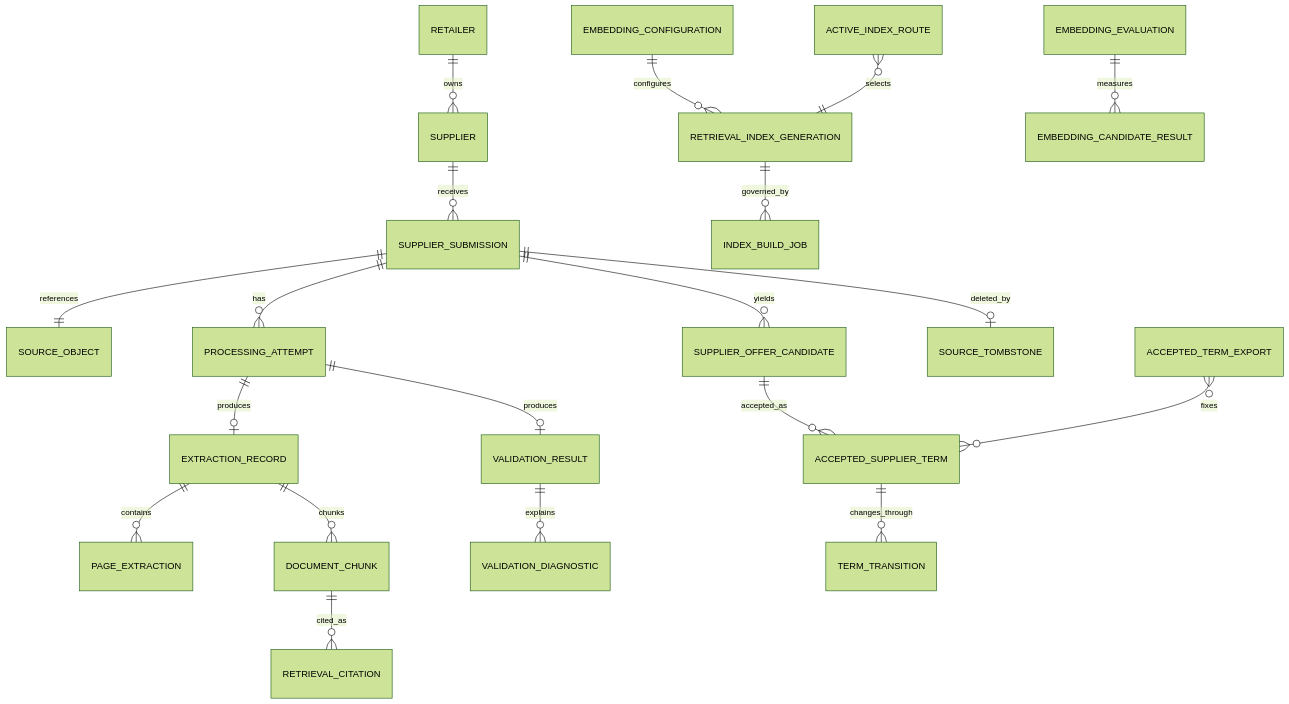
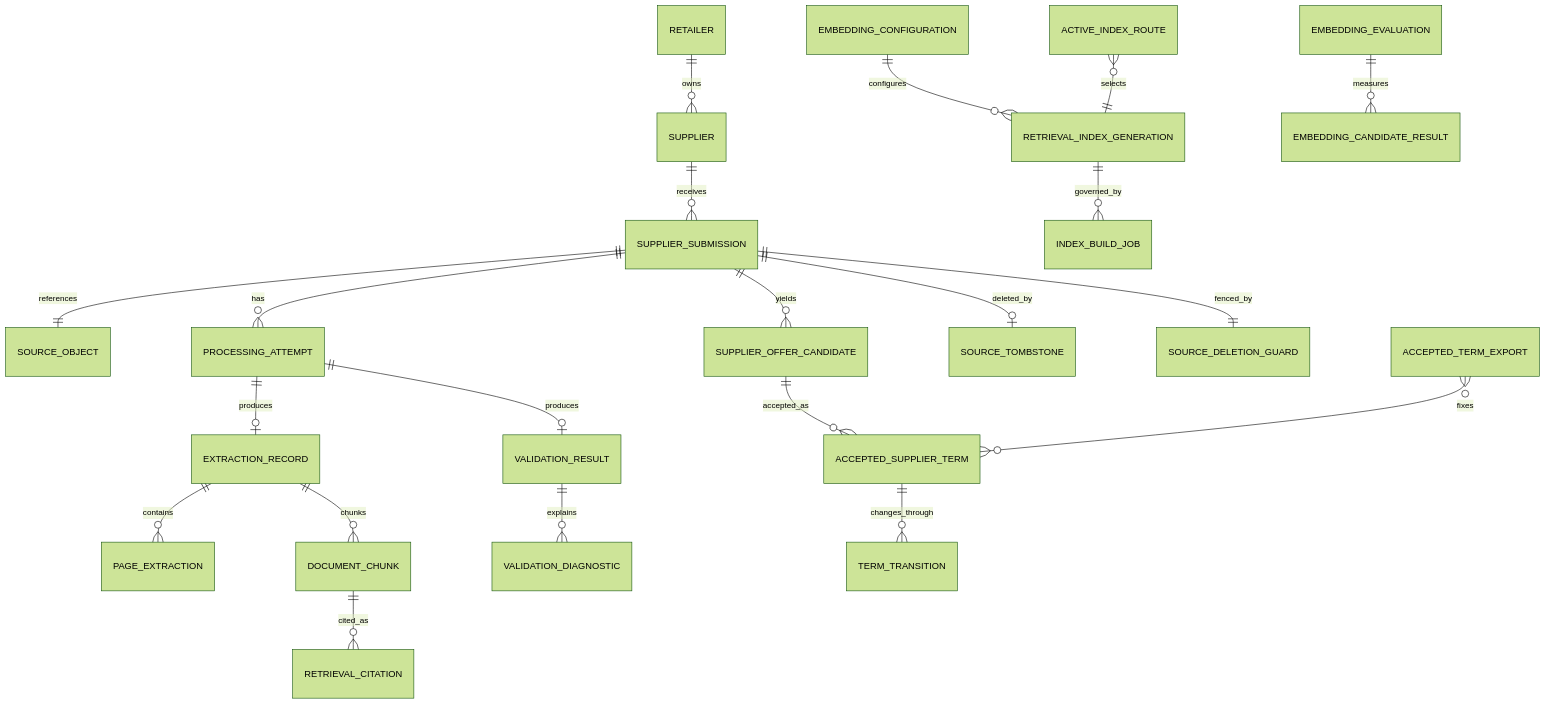
One commit to anton-asnitsky/StockSense changed the sixth of 6 diagrams in aidlc/spaces/default/intents/260908-stock-sense-design/construction/supplier-knowledge/functional-design/functional-spec.md. Above: the diagram before and after it, drawn with Mermaid (forest theme). The commit also changed other lines of this file and 162 other files, not shown here.

````diff
--- a/aidlc/spaces/default/intents/260908-stock-sense-design/construction/supplier-knowledge/functional-design/functional-spec.md
+++ b/aidlc/spaces/default/intents/260908-stock-sense-design/construction/supplier-knowledge/functional-design/functional-spec.md
@@ -372,22 +394,23 @@
 ```mermaid
 erDiagram
     RETAILER ||--o{ SUPPLIER : owns
     SUPPLIER ||--o{ SUPPLIER_SUBMISSION : receives
     SUPPLIER_SUBMISSION ||--|| SOURCE_OBJECT : references
     SUPPLIER_SUBMISSION ||--o{ PROCESSING_ATTEMPT : has
     PROCESSING_ATTEMPT ||--o| EXTRACTION_RECORD : produces
     EXTRACTION_RECORD ||--o{ PAGE_EXTRACTION : contains
     PROCESSING_ATTEMPT ||--o| VALIDATION_RESULT : produces
     VALIDATION_RESULT ||--o{ VALIDATION_DIAGNOSTIC : explains
     SUPPLIER_SUBMISSION ||--o{ SUPPLIER_OFFER_CANDIDATE : yields
     SUPPLIER_OFFER_CANDIDATE ||--o{ ACCEPTED_SUPPLIER_TERM : accepted_as
     ACCEPTED_SUPPLIER_TERM ||--o{ TERM_TRANSITION : changes_through
     SUPPLIER_SUBMISSION ||--o| SOURCE_TOMBSTONE : deleted_by
+    SUPPLIER_SUBMISSION ||--|| SOURCE_DELETION_GUARD : fenced_by
     EXTRACTION_RECORD ||--o{ DOCUMENT_CHUNK : chunks
     EMBEDDING_CONFIGURATION ||--o{ RETRIEVAL_INDEX_GENERATION : configures
     RETRIEVAL_INDEX_GENERATION ||--o{ INDEX_BUILD_JOB : governed_by
     ACTIVE_INDEX_ROUTE }o--|| RETRIEVAL_INDEX_GENERATION : selects
     DOCUMENT_CHUNK ||--o{ RETRIEVAL_CITATION : cited_as
     EMBEDDING_EVALUATION ||--o{ EMBEDDING_CANDIDATE_RESULT : measures
     ACCEPTED_TERM_EXPORT }o--o{ ACCEPTED_SUPPLIER_TERM : fixes
 ```
````
